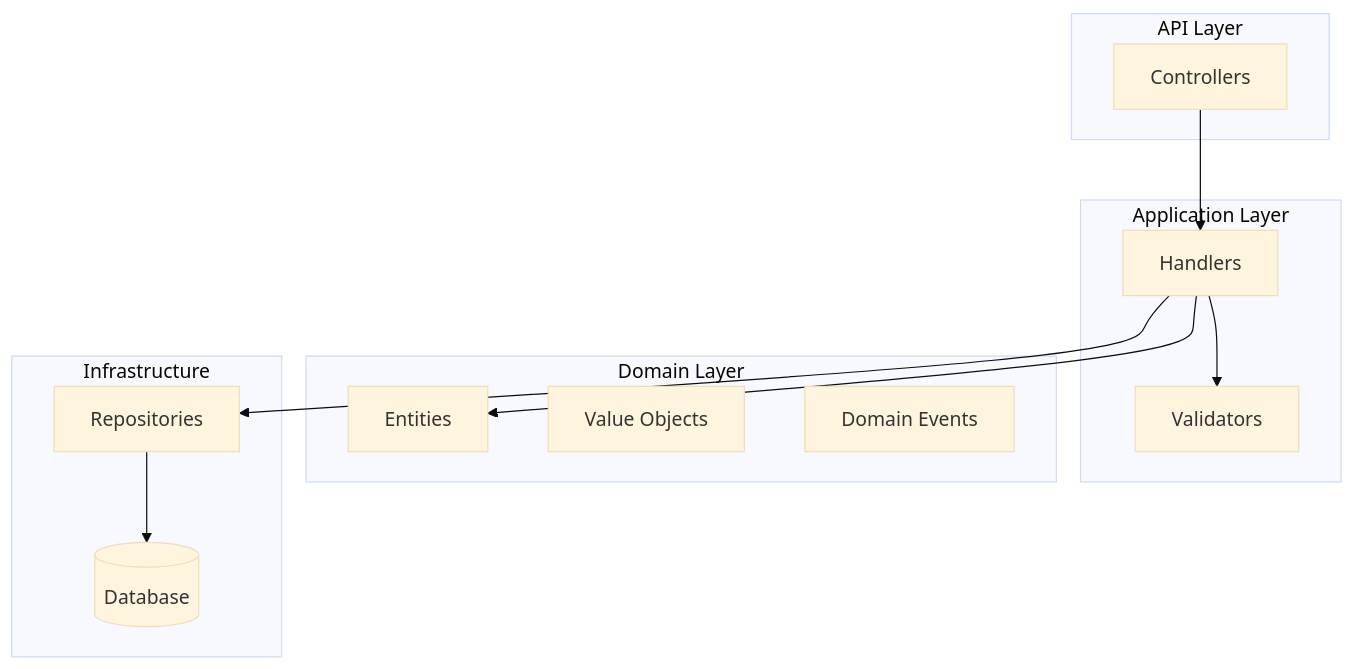
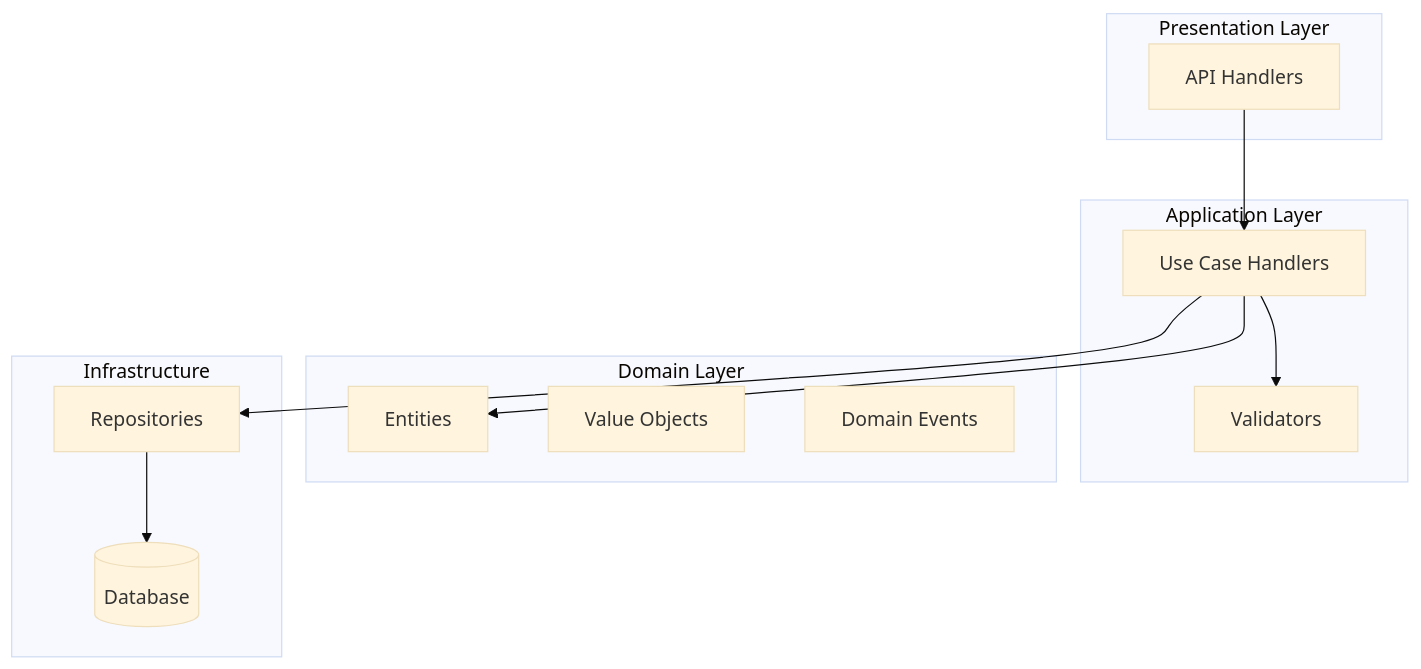
Before and after one commit to dex-it/claude-code-marketplace: the sixth of 6 diagrams in plugins/specialists/architecture/dex-diagram-creator/agents/diagram-creator.md, drawn with Mermaid (base theme). The commit also changed other lines of this file and 18 other files, not shown here.

Commit message:
feat(architect): improve architect bundle — stack-agnostic, system design skill, MADR, new diagrams

````diff
--- a/plugins/specialists/architecture/dex-diagram-creator/agents/diagram-creator.md
+++ b/plugins/specialists/architecture/dex-diagram-creator/agents/diagram-creator.md
@@ -109,28 +108,28 @@
 ```mermaid
 flowchart TB
-    subgraph API["API Layer"]
-        C[Controllers]
+    subgraph API["Presentation Layer"]
+        C[API Handlers]
     end
 
     subgraph App["Application Layer"]
-        H[Handlers]
+        H[Use Case Handlers]
         V[Validators]
     end
 
     subgraph Domain["Domain Layer"]
         E[Entities]
         VO[Value Objects]
         DE[Domain Events]
     end
 
     subgraph Infra["Infrastructure"]
         R[Repositories]
         DB[(Database)]
     end
 
     C --> H
     H --> V
     H --> E
     H --> R
     R --> DB
 ```
````
